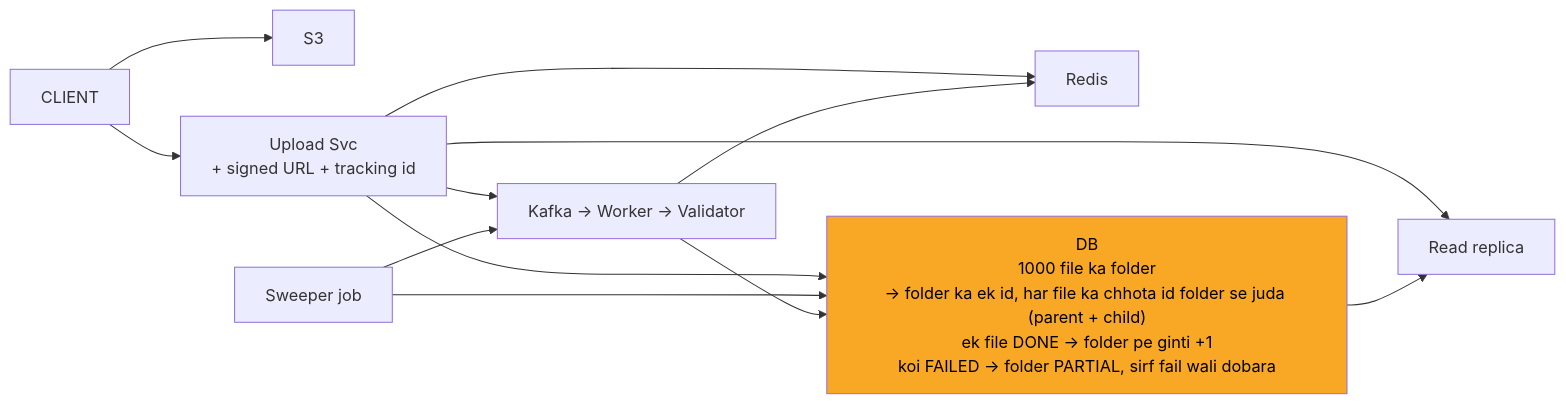
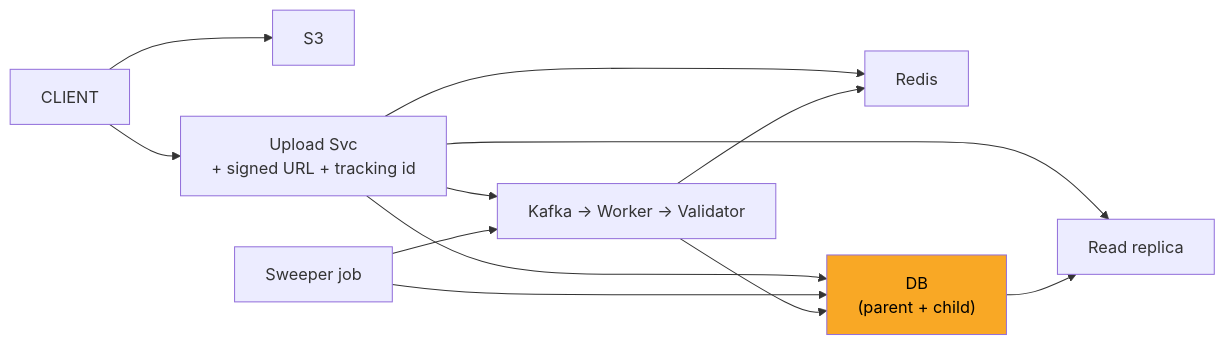
Before and after one commit to ArpanMaheshwari144/Prep: the diagram in 04_HLD/SYSTEM_DESIGNS/07_file_upload_validate_system/img/c6.mmd, drawn with Mermaid. The commit also changed 156 other files, not shown here.

```diff
--- a/04_HLD/SYSTEM_DESIGNS/07_file_upload_validate_system/img/c6.mmd
+++ b/04_HLD/SYSTEM_DESIGNS/07_file_upload_validate_system/img/c6.mmd
@@ -1,22 +1,22 @@
 %%{init: {"flowchart": {"wrappingWidth": 450}}}%%
 flowchart LR
     n_CLIENT["CLIENT"]
     n_S3["S3"]
     n_Upload_Svc["Upload Svc<br/>+ signed URL + tracking id"]
     n_Redis["Redis"]
-    n_DB["DB<br/>1000 file ka folder<br/>-> folder ka ek id, har file ka chhota id folder se juda (parent + child)<br/>ek file DONE -> folder pe ginti +1<br/>koi FAILED -> folder PARTIAL, sirf fail wali dobara"]
+    n_DB["DB<br/>(parent + child)"]
     n_Read_replica["Read replica"]
     n_Sweeper_job["Sweeper job"]
     n_CHAIN["Kafka -> Worker -> Validator"]
     n_CLIENT --> n_S3
     n_CLIENT --> n_Upload_Svc
     n_Upload_Svc --> n_Redis
     n_Upload_Svc --> n_DB
     n_Upload_Svc --> n_Read_replica
     n_DB --> n_Read_replica
     n_Upload_Svc --> n_CHAIN
     n_Sweeper_job --> n_DB
     n_Sweeper_job --> n_CHAIN
     n_CHAIN --> n_DB
     n_CHAIN --> n_Redis
     style n_DB fill:#f9a825,color:#000
```
